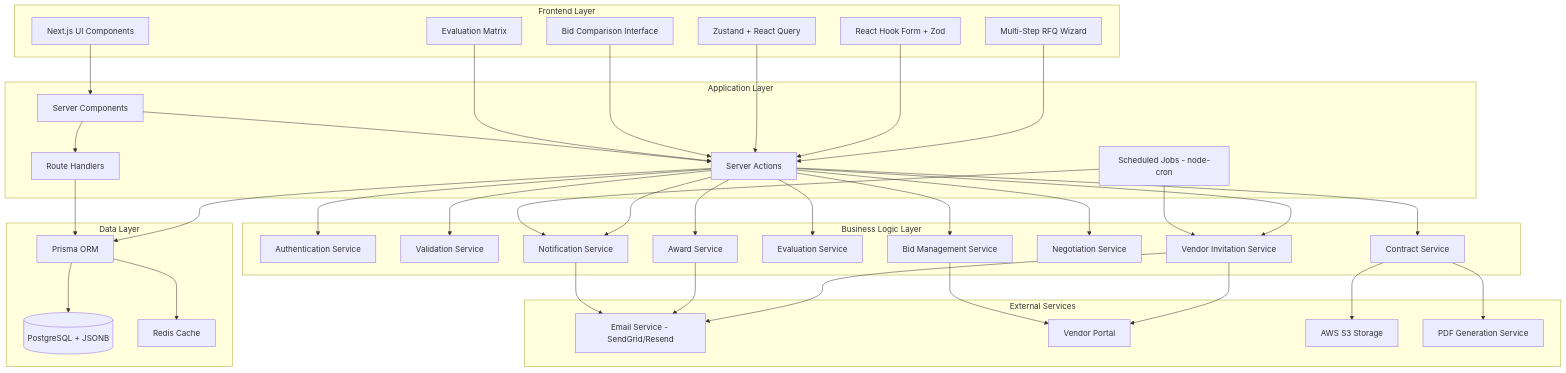
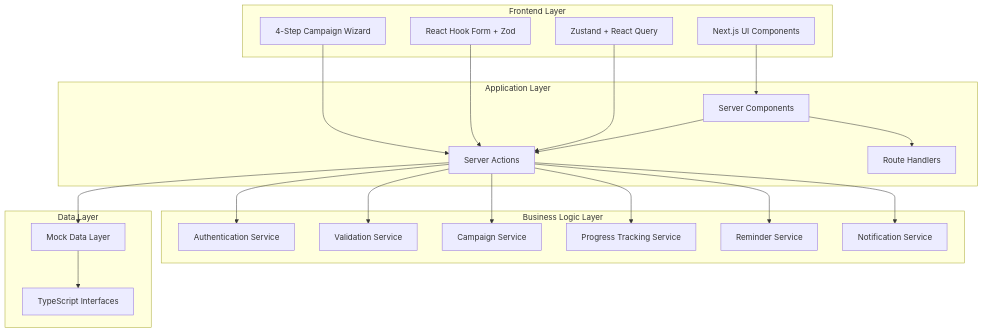
One commit to CarmenSoftware-organization/carmen changed the first of 23 diagrams in docs/app/vendor-management/requests-for-pricing/FD-requests-for-pricing.md. Above: the diagram before and after it, drawn with Mermaid. The commit also changed other lines of this file and 1788 other files, not shown here.

````diff
--- a/docs/app/vendor-management/requests-for-pricing/FD-requests-for-pricing.md
+++ b/docs/app/vendor-management/requests-for-pricing/FD-requests-for-pricing.md
@@ -24,74 +32,44 @@
 ```mermaid
 graph TB
-    subgraph "Frontend Layer"
+    subgraph Frontend["Frontend Layer"]
         UI[Next.js UI Components]
-        Wizard[Multi-Step RFQ Wizard]
+        Wizard[4-Step Campaign Wizard]
         Forms[React Hook Form + Zod]
         State[Zustand + React Query]
-        BidComparison[Bid Comparison Interface]
-        EvalMatrix[Evaluation Matrix]
     end
 
-    subgraph "Application Layer"
+    subgraph Application["Application Layer"]
         Pages[Server Components]
         Actions[Server Actions]
         API[Route Handlers]
-        Jobs[Scheduled Jobs - node-cron]
     end
 
-    subgraph "Business Logic Layer"
+    subgraph Business["Business Logic Layer"]
         Auth[Authentication Service]
         Validation[Validation Service]
-        Invitation[Vendor Invitation Service]
-        BidMgmt[Bid Management Service]
-        Evaluation[Evaluation Service]
-        Award[Award Service]
-        Negotiation[Negotiation Service]
-        Contract[Contract Service]
+        Campaign[Campaign Service]
+        Progress[Progress Tracking Service]
+        Reminder[Reminder Service]
         Notification[Notification Service]
     end
 
-    subgraph "Data Layer"
-        Prisma[Prisma ORM]
-        DB[(PostgreSQL + JSONB)]
-        Cache[Redis Cache]
-    end
-
-    subgraph "External Services"
-        Email[Email Service - SendGrid/Resend]
-        VendorPortal[Vendor Portal]
-        S3[AWS S3 Storage]
-        PDF[PDF Generation Service]
+    subgraph Data["Data Layer"]
+        MockData[Mock Data Layer]
+        Types[TypeScript Interfaces]
     end
 
     UI --> Pages
     Wizard --> Actions
     Forms --> Actions
     State --> Actions
-    BidComparison --> Actions
-    EvalMatrix --> Actions
     Pages --> Actions
     Pages --> API
     Actions --> Auth
     Actions --> Validation
-    Actions --> Invitation
-    Actions --> BidMgmt
-    Actions --> Evaluation
-    Actions --> Award
-    Actions --> Negotiation
-    Actions --> Contract
+    Actions --> Campaign
+    Actions --> Progress
+    Actions --> Reminder
     Actions --> Notification
-    Actions --> Prisma
-    API --> Prisma
-    Prisma --> DB
-    Prisma --> Cache
-    Invitation --> Email
-    Invitation --> VendorPortal
-    BidMgmt --> VendorPortal
-    Award --> Email
-    Contract --> PDF
-    Contract --> S3
-    Notification --> Email
-    Jobs --> Invitation
-    Jobs --> Notification
+    Actions --> MockData
+    MockData --> Types
 ```
````
